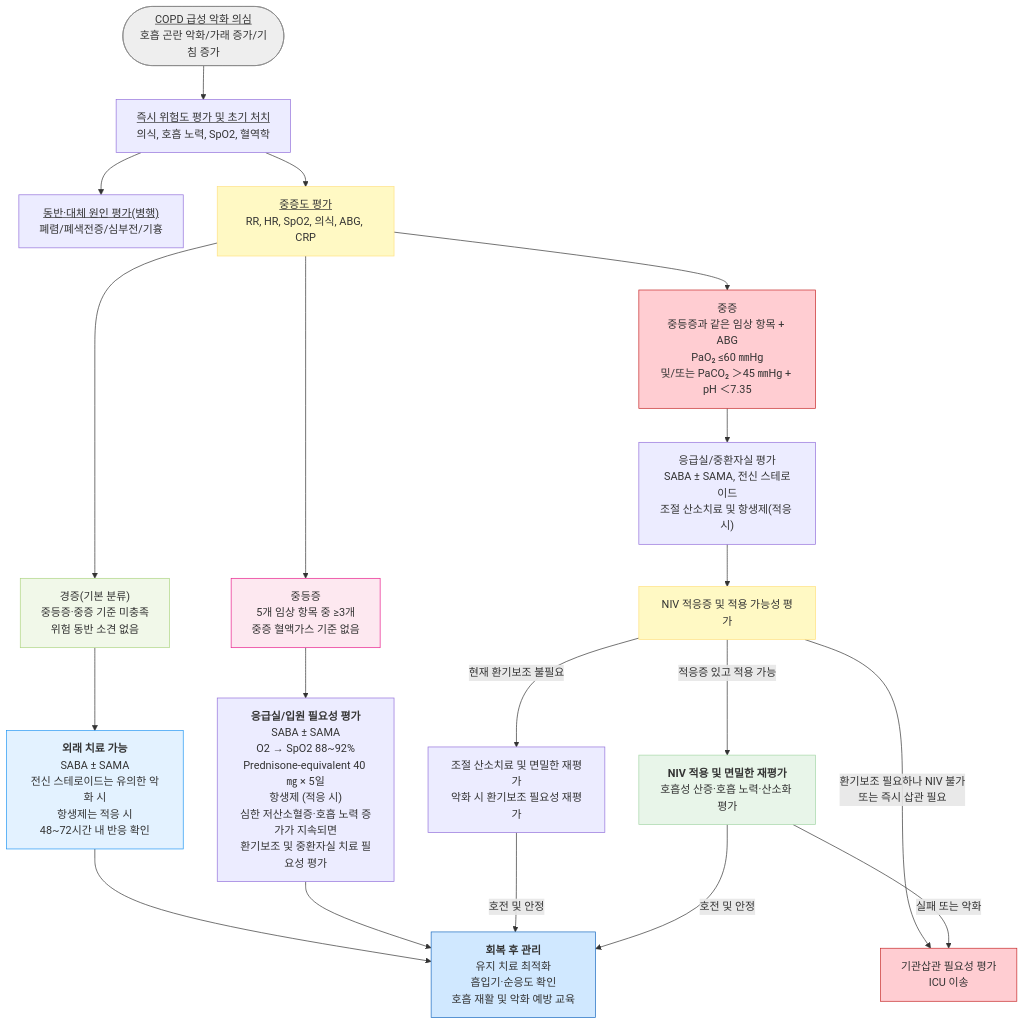
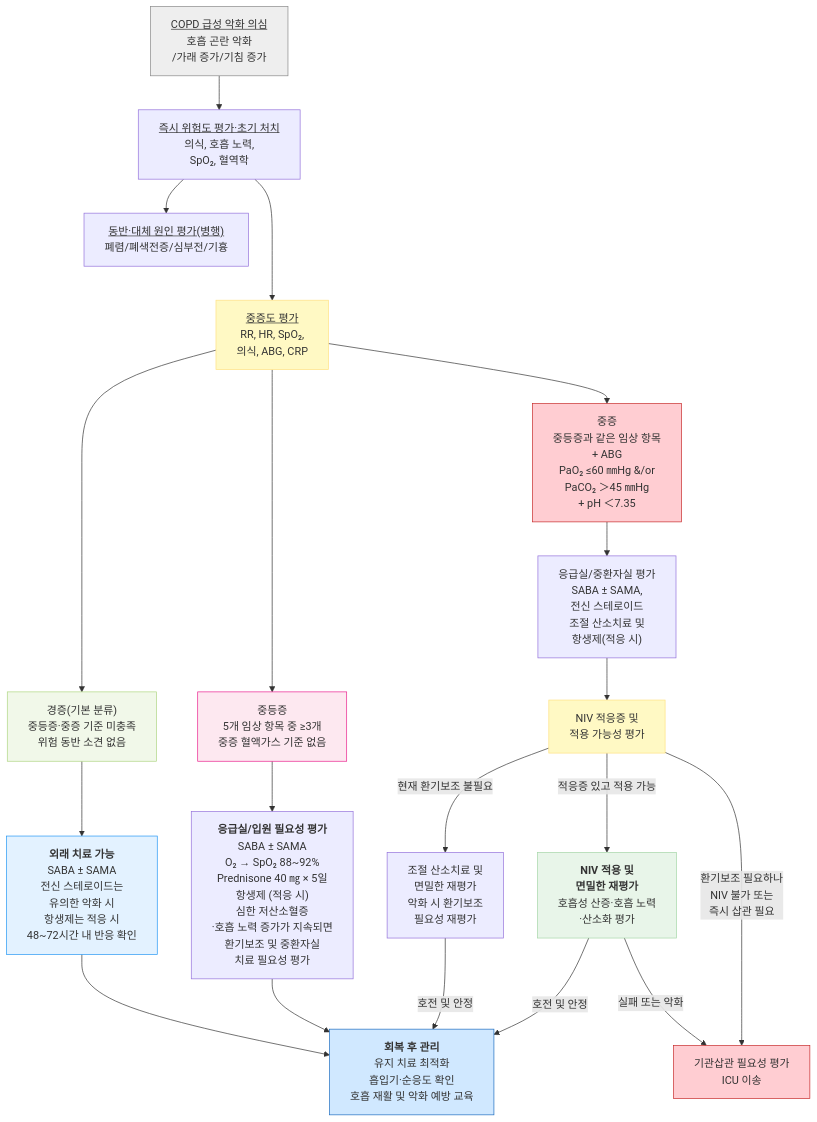
The third of 3 diagrams in 223_/072_-copd.md (familyoh77/familyoh77), drawn with Mermaid before and after one commit. The commit also changed other lines of this file, not shown here.

````diff
--- a/223_/072_-copd.md
+++ b/223_/072_-copd.md
@@ -629,39 +675,32 @@
 ```mermaid
 flowchart TD
-    Start(["<u>COPD 급성 악화 의심</u><br/>호흡 곤란 악화/가래 증가/기침 증가"])
-
-    Start --> Triage["<u>즉시 위험도 평가 및 초기 처치</u><br/>의식, 호흡 노력, SpO2, 혈역학"]
+    Start["<u>COPD 급성 악화 의심</u><br/>호흡 곤란 악화<br/>/가래 증가/기침 증가"]
+    Start --> Triage["<u>즉시 위험도 평가·초기 처치</u><br/>의식, 호흡 노력, <br/>SpO₂, 혈역학"]
     Triage --> Diff["<u>동반·대체 원인 평가(병행)</u><br/>폐렴/폐색전증/심부전/기흉"]
-    Triage --> Severity["<u>중증도 평가</u><br/>RR, HR, SpO2, 의식, ABG, CRP"]
-
+    Triage ---> Severity["<u>중증도 평가</u><br/>RR, HR, SpO₂, <br/>의식, ABG, CRP"]
     Severity --> Mild["경증(기본 분류)<br/>중등증·중증 기준 미충족<br/>위험 동반 소견 없음"]
     Severity --> Moderate["중등증<br/>5개 임상 항목 중 ≥3개<br/>중증 혈액가스 기준 없음"]
-    Severity --> Severe["중증<br/>중등증과 같은 임상 항목 + ABG<br/>PaO₂ ≤60 ㎜Hg<br/>및/또는 PaCO₂ ＞45 ㎜Hg + pH ＜7.35"]
-
-    Mild --> OutTx["<b>외래 치료 가능</b><br/>SABA ± SAMA<br/>전신 스테로이드는 유의한 악화 시<br/>항생제는 적응 시<br/>48~72시간 내 반응 확인"]
-
-    Moderate --> HospTx["<b>응급실/입원 필요성 평가</b><br/>SABA ± SAMA<br/>O2 → SpO2 88~92%<br/>Prednisone-equivalent 40 ㎎ × 5일<br/>항생제 (적응 시)<br/>심한 저산소혈증·호흡 노력 증가가 지속되면<br/>환기보조 및 중환자실 치료 필요성 평가"]
-
-    Severe --> SevereTx["응급실/중환자실 평가<br/>SABA ± SAMA, 전신 스테로이드<br/>조절 산소치료 및 항생제(적응 시)"]
-    SevereTx --> NIVcheck["NIV 적응증 및 적용 가능성 평가"]
-    NIVcheck -->|"적응증 있고 적용 가능"| NIV["<b>NIV 적용 및 면밀한 재평가</b><br/>호흡성 산증·호흡 노력·산소화 평가"]
-    NIVcheck -->|"환기보조 필요하나 NIV 불가<br/>또는 즉시 삽관 필요"| Intubation["기관삽관 필요성 평가<br/>ICU 이송"]
-    NIVcheck -->|"현재 환기보조 불필요"| Monitor["조절 산소치료 및 면밀한 재평가<br/>악화 시 환기보조 필요성 재평가"]
-    NIV -->|"실패 또는 악화"| Intubation
-
+    Severity --> Severe["중증<br/>중등증과 같은 임상 항목 <br/>+ ABG<br/>PaO₂ ≤60 ㎜Hg &/or <br/>PaCO₂ ＞45 ㎜Hg <br/>+ pH ＜7.35"]
+    Mild --> OutTx["<b>외래 치료 가능</b><br/>SABA ± SAMA<br/>전신 스테로이드는 <br/>유의한 악화 시<br/>항생제는 적응 시<br/>48~72시간 내 반응 확인"]
+    Moderate --> HospTx["<b>응급실/입원 필요성 평가</b><br/>SABA ± SAMA<br/>O₂ → SpO₂ 88~92%<br/>Prednisone 40 ㎎ × 5일<br/>항생제 (적응 시)<br/>심한 저산소혈증<br/>·호흡 노력 증가가 지속되면<br/>환기보조 및 중환자실 <br/>치료 필요성 평가"]
+    Severe --> SevereTx["응급실/중환자실 평가<br/>SABA ± SAMA, <br/>전신 스테로이드<br/>조절 산소치료 및 <br/>항생제(적응 시)"]
+    SevereTx --> NIVcheck["NIV 적응증 및 <br/>적용 가능성 평가"]
+    NIVcheck -->|"적응증 있고 적용 가능"| NIV["<b>NIV 적용 및 <br/>면밀한 재평가</b><br/>호흡성 산증·호흡 노력<br/>·산소화 평가"]
+    NIVcheck -->|"현재 환기보조 불필요"| Monitor["조절 산소치료 및 <br/>면밀한 재평가<br/>악화 시 환기보조 <br/>필요성 재평가"]
+    NIV -->|"실패 또는 악화"| Intubation["기관삽관 필요성 평가<br/>ICU 이송"]
     OutTx --> Followup["<b>회복 후 관리</b><br/>유지 치료 최적화<br/>흡입기·순응도 확인<br/>호흡 재활 및 악화 예방 교육"]
+    NIVcheck -->|"환기보조 필요하나 <br/>NIV 불가 또는 <br/>즉시 삽관 필요"| Intubation
     HospTx --> Followup
     Monitor -->|"호전 및 안정"| Followup
     NIV -->|"호전 및 안정"| Followup
-
     style Start fill:#eeeeee,stroke:#888888
     style Mild fill:#f1f8e9,stroke:#aed581
     style Moderate fill:#fde8f0,stroke:#e91e8c
     style NIV fill:#e8f5e9,stroke:#a5d6a7
 classDef yellow fill:#fff9c4,stroke:#ffe082    
 class Severity,NIVcheck yellow
 classDef red fill:#ffcdd2,stroke:#c62828
 class Severe,Intubation red
     style Followup fill:#d0e8ff,stroke:#1a6abf
     style OutTx fill:#e3f2ff,stroke:#2196f3
 ```
````
